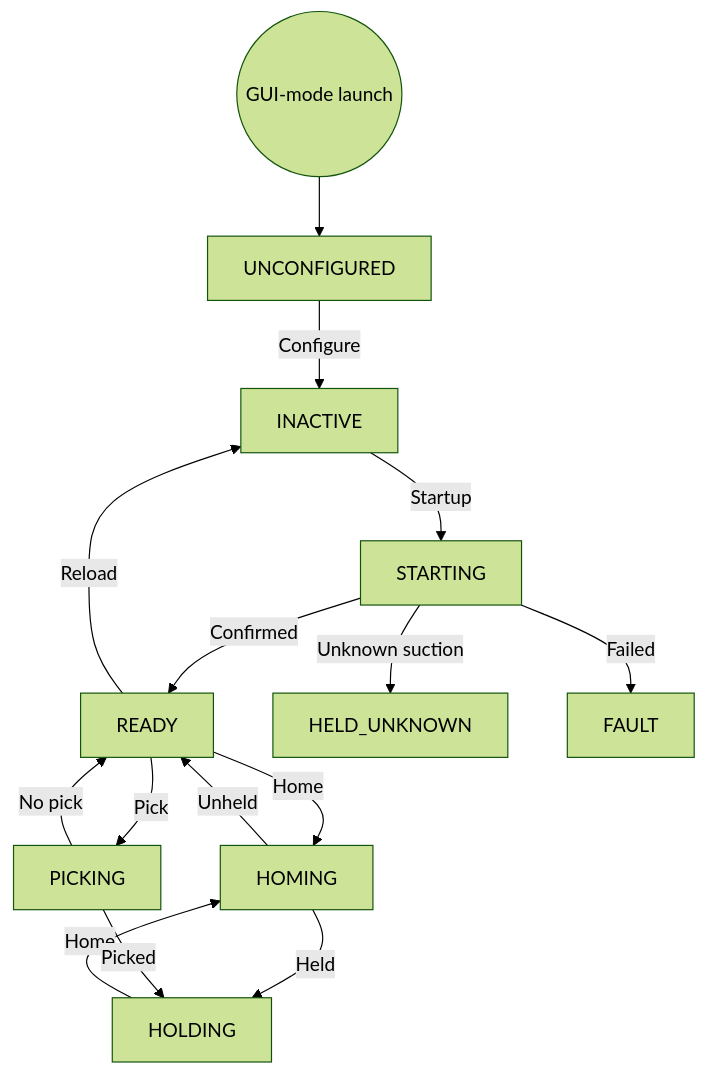
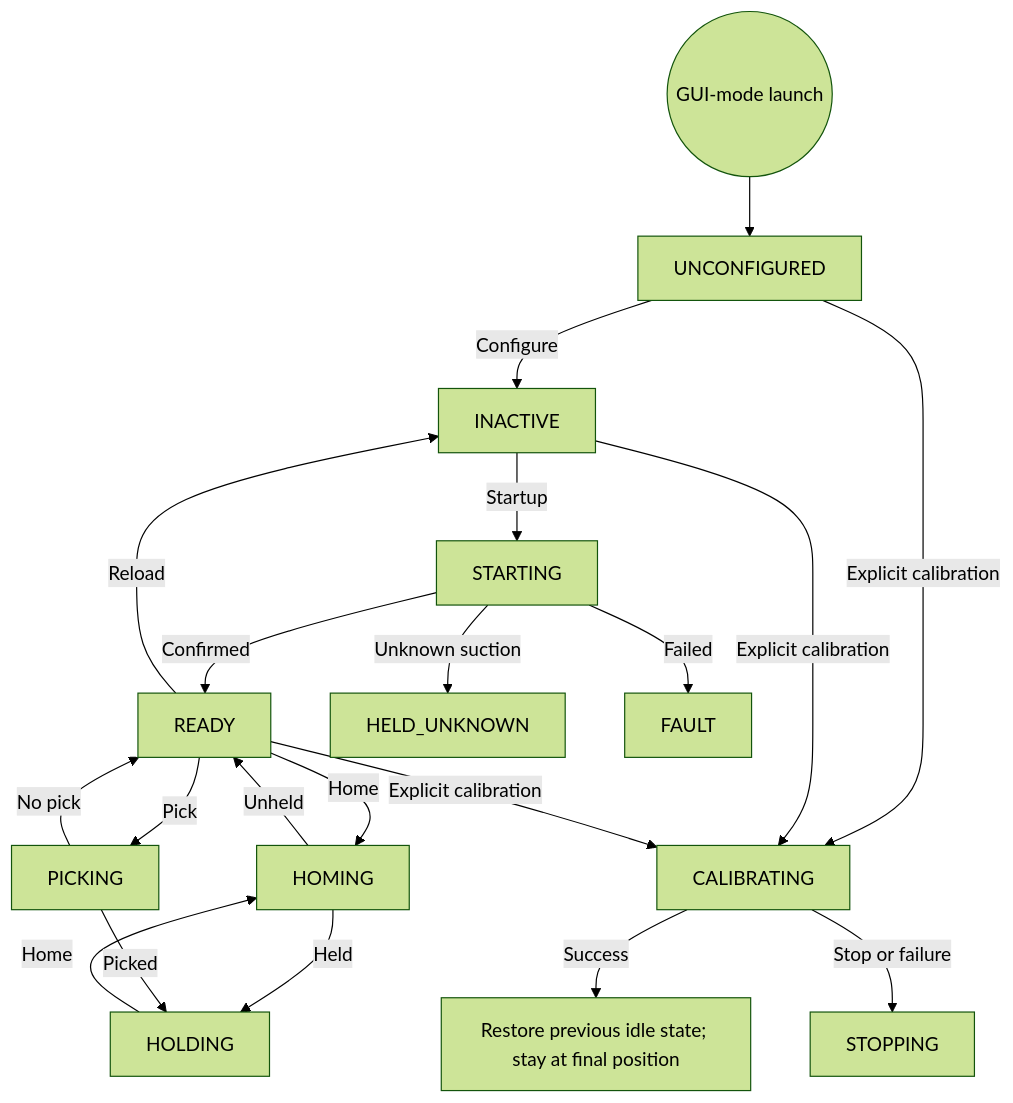
One commit to esgange/dobot_picknplace_yolo changed the first of 7 diagrams in docs/ROBOT_CONTROLLER_FSM.md. Above: the diagram before and after it, drawn with Mermaid (forest theme). The commit also changed other lines of this file and 25 other files, not shown here.

````diff
--- a/docs/ROBOT_CONTROLLER_FSM.md
+++ b/docs/ROBOT_CONTROLLER_FSM.md
@@ -40,17 +42,22 @@
 ```mermaid
 flowchart TD
     Launch((GUI-mode launch)) --> UNCONFIGURED
     UNCONFIGURED -->|Configure| INACTIVE
     INACTIVE -->|Startup| STARTING
     STARTING -->|Confirmed| READY
     READY -->|Reload| INACTIVE
     READY -->|Home| HOMING
     HOMING -->|Unheld| READY
     HOLDING -->|Home| HOMING
     HOMING -->|Held| HOLDING
     READY -->|Pick| PICKING
     PICKING -->|Picked| HOLDING
     PICKING -->|No pick| READY
     STARTING -->|Unknown suction| HELD_UNKNOWN
     STARTING -->|Failed| FAULT
+    UNCONFIGURED -->|Explicit calibration| CALIBRATING
+    INACTIVE -->|Explicit calibration| CALIBRATING
+    READY -->|Explicit calibration| CALIBRATING
+    CALIBRATING -->|Success| Previous["Restore previous idle state; stay at final position"]
+    CALIBRATING -->|Stop or failure| STOPPING
 ```
````
